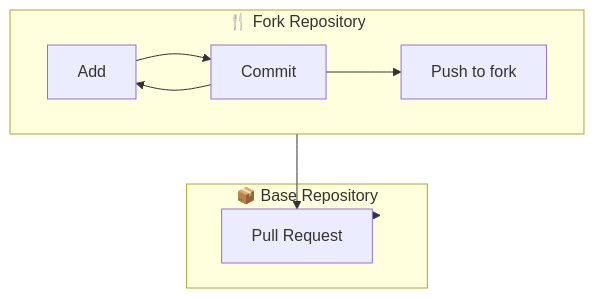
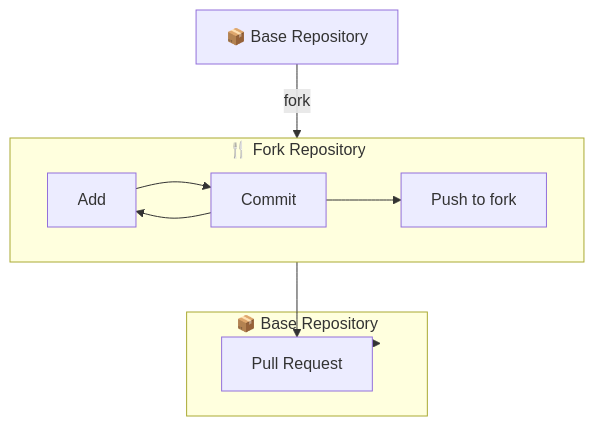
Before and after one commit to dahlbyk-test/cs-pd-week-2026: the diagram in Notes.md, drawn with Mermaid.

Commit message:
Add dotted line from Base to Fork for fork operation

````diff
--- a/Notes.md
+++ b/Notes.md
@@ -3,18 +3,21 @@
 ```mermaid
 graph TD;
+    Base["📦 Base Repository"]
+    
     subgraph Fork["🍴 Fork Repository"]
         Add["Add"]
         Commit["Commit"]
         Push["Push to fork"]
         Add-->Commit
         Commit-->Add
         Commit-->Push
     end
     
-    subgraph Base["📦 Base Repository"]
+    subgraph BaseRepo["📦 Base Repository"]
         PR["Pull Request"]
     end
     
+    Base-->|fork|Fork
     Fork-->PR
-    PR-->Base
+    PR-->BaseRepo
 ```
````
